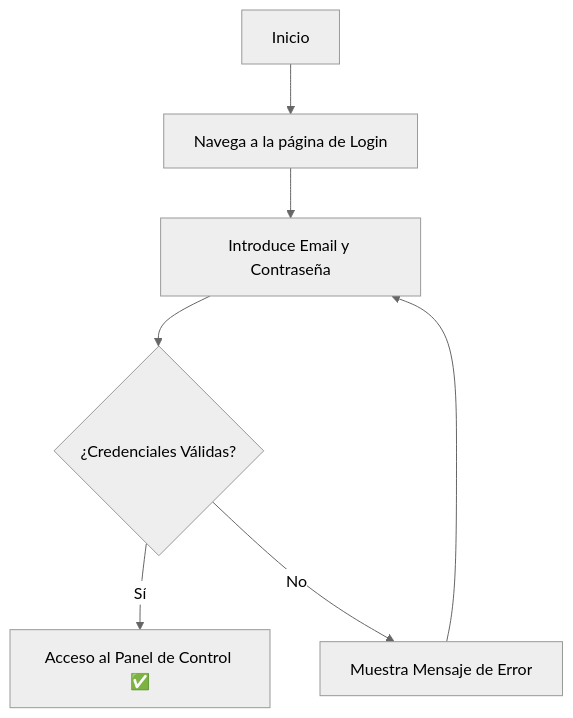
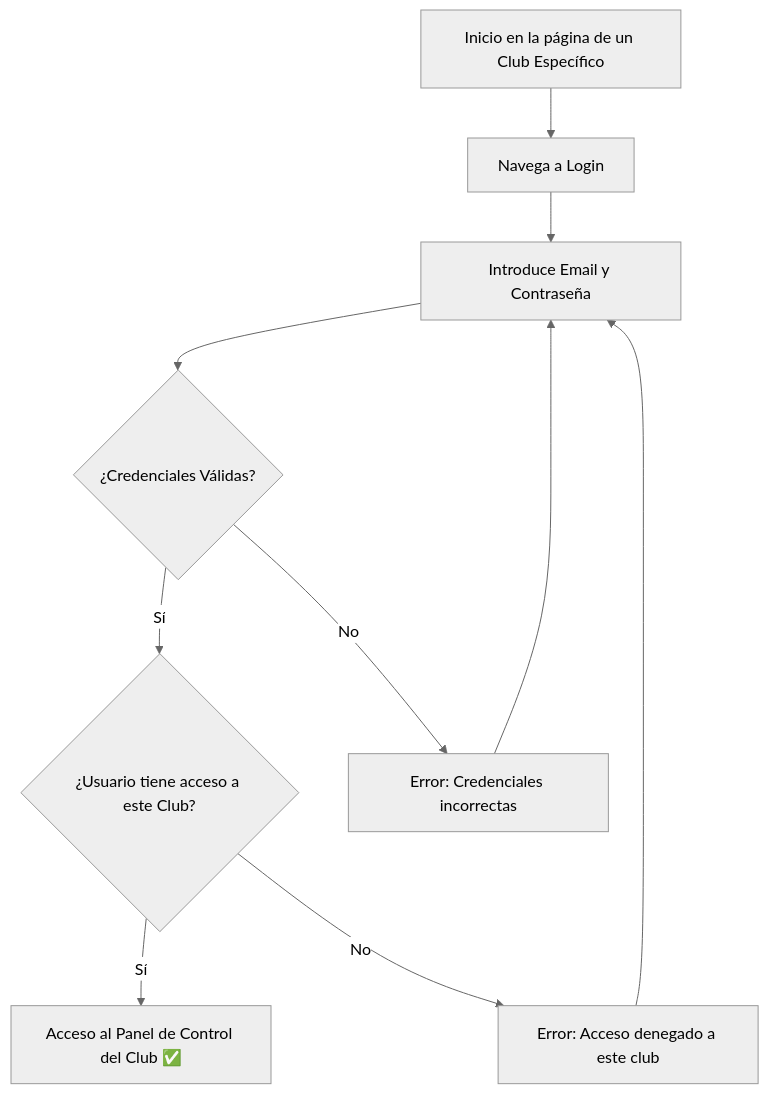
Before and after one commit to lukcba-developers/club-pulse-system-api: the diagram in docs/wiki/user/auth/README.md, drawn with Mermaid (neutral theme). The commit also changed other lines of this file and 60 other files, not shown here.

````diff
--- a/docs/wiki/user/auth/README.md
+++ b/docs/wiki/user/auth/README.md
@@ -62,9 +60,12 @@
 ```mermaid
 graph TD
-    A[Inicio] --> B[Navega a la página de Login];
+    A[Inicio en la página de un Club Específico] --> B[Navega a Login];
     B --> C[Introduce Email y Contraseña];
     C --> D{¿Credenciales Válidas?};
-    D -- Sí --> E[Acceso al Panel de Control ✅];
-    D -- No --> F[Muestra Mensaje de Error];
-    F --> C;
+    D -- Sí --> E{¿Usuario tiene acceso a este Club?};
+    E -- Sí --> F[Acceso al Panel de Control del Club ✅];
+    E -- No --> G[Error: Acceso denegado a este club];
+    D -- No --> H[Error: Credenciales incorrectas];
+    G --> C;
+    H --> C;
 ```
````
